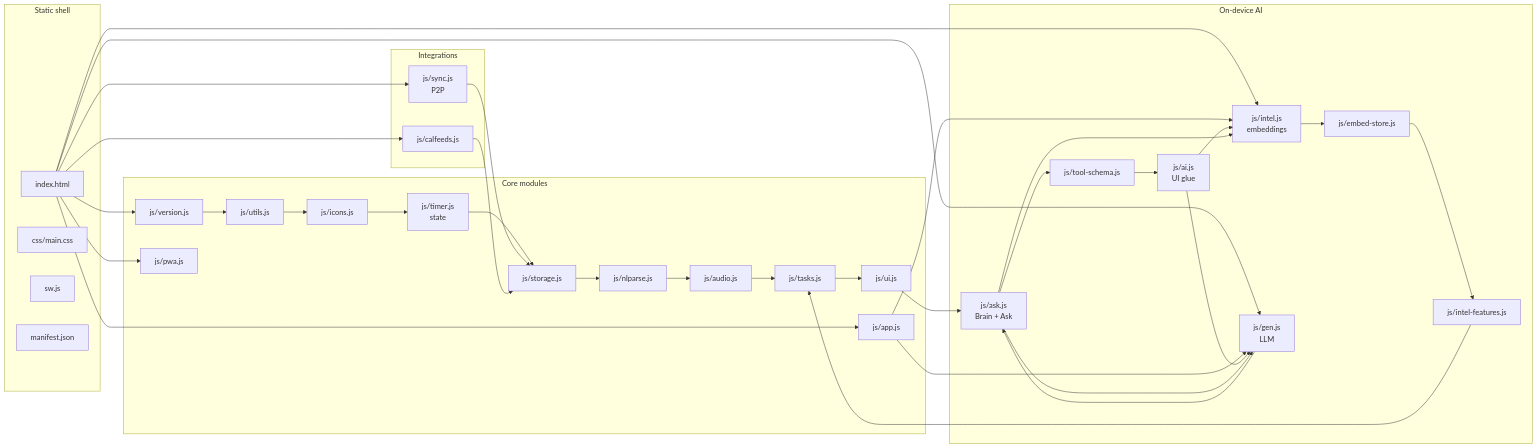
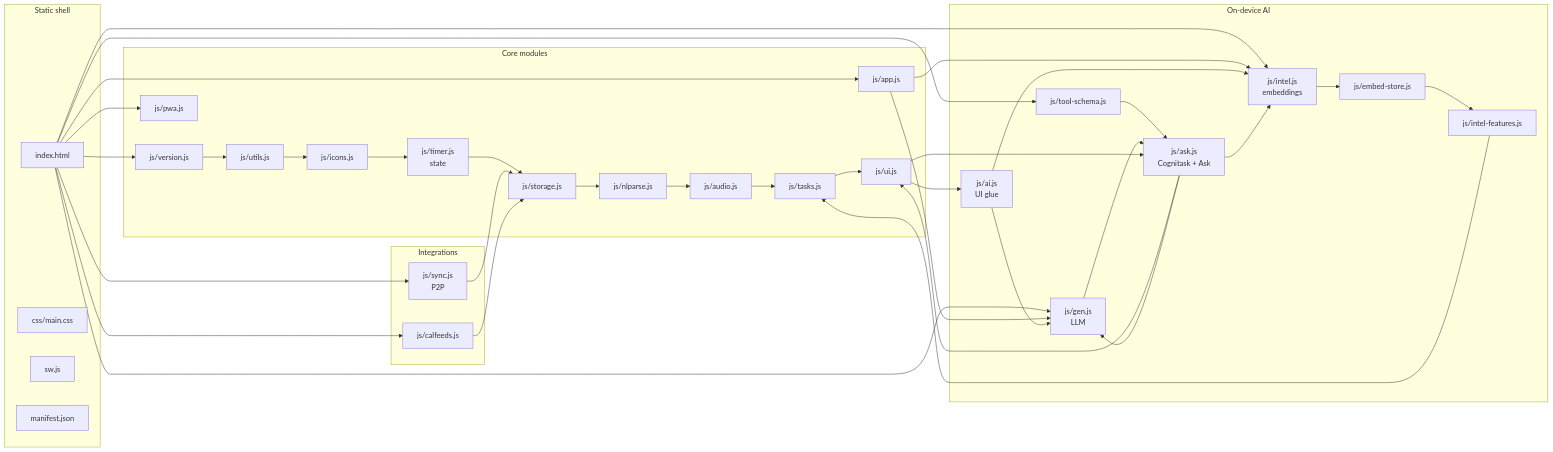
One commit to iLevyTate/STUPInD changed the diagram in ARCHITECTURE.md. Above: the diagram before and after it, drawn with Mermaid. The commit also changed other lines of this file and 3 other files, not shown here.

First line of the commit message:
refactor(ask): rename multi-turn engine to Cognitask

````diff
--- a/ARCHITECTURE.md
+++ b/ARCHITECTURE.md
@@ -3,52 +3,57 @@
 ```mermaid
 flowchart LR
   subgraph shell [Static shell]
     index[index.html]
     css[css/main.css]
     sw[sw.js]
     manifest[manifest.json]
   end
   subgraph core [Core modules]
     version[js/version.js]
     utils[js/utils.js]
     icons[js/icons.js]
     timer[js/timer.js<br/>state]
     storage[js/storage.js]
     tasks[js/tasks.js]
     ui[js/ui.js]
     audio[js/audio.js]
     nlparse[js/nlparse.js]
     app[js/app.js]
     pwa[js/pwa.js]
   end
   subgraph intelligence [On-device AI]
     intel[js/intel.js<br/>embeddings]
     embedstore[js/embed-store.js]
     intelFeat[js/intel-features.js]
     gen[js/gen.js<br/>LLM]
-    ask[js/ask.js<br/>Brain + Ask]
+    ask[js/ask.js<br/>Cognitask + Ask]
     toolschema[js/tool-schema.js]
     ai[js/ai.js<br/>UI glue]
   end
   subgraph integrations [Integrations]
     sync[js/sync.js<br/>P2P]
     cal[js/calfeeds.js]
   end
   index --> version --> utils --> icons --> timer --> storage --> nlparse --> audio --> tasks --> ui
   index --> intel --> embedstore --> intelFeat
-  index --> gen --> ask --> toolschema --> ai
+  index --> toolschema
+  index --> gen
+  toolschema --> ask
+  gen --> ask
+  ask --> ui
+  ui --> ai
   index --> sync
   index --> cal
   index --> pwa
   index --> app
   app --> intel
   app --> gen
   ai --> gen
   ai --> intel
   ui --> ask
   ask --> intel
   ask --> gen
   intelFeat --> tasks
   sync --> storage
   cal --> storage
 ```
````
